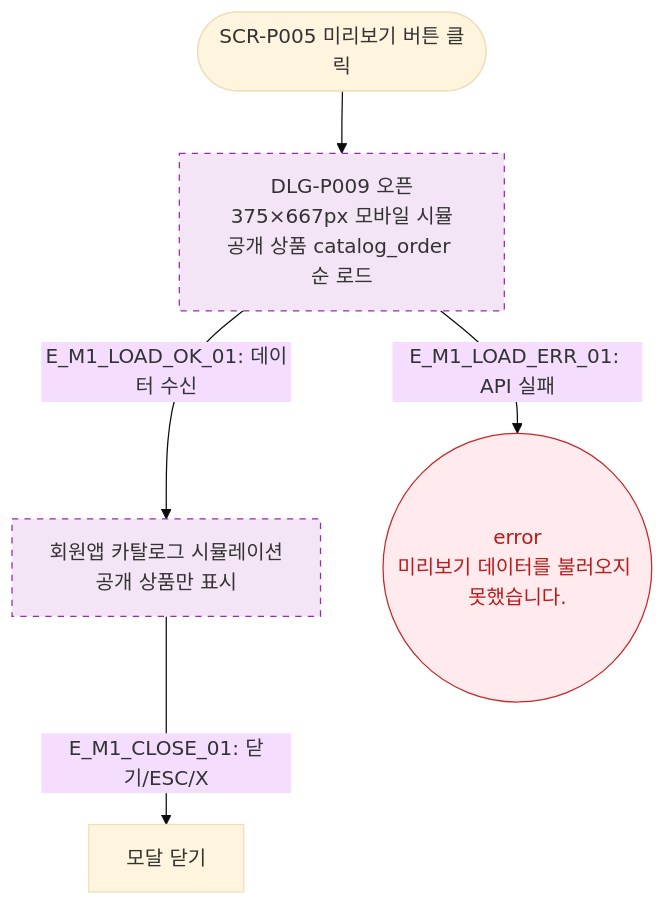
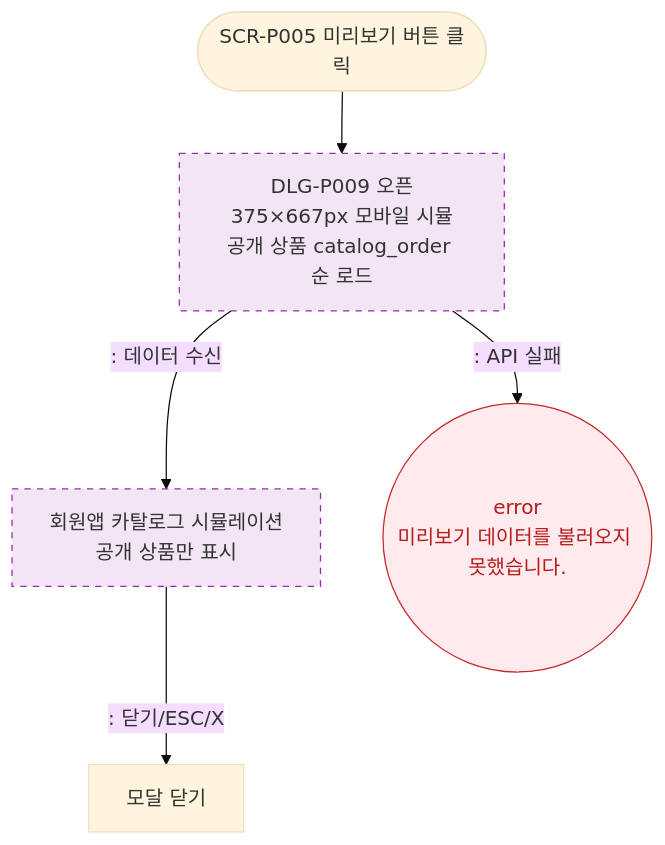
Before and after one commit to dev-spogym/admin-pando: the diagram in docs/다이어그램/D05_상품관리/DLG/DLG-P009_카탈로그미리보기/M1_모달생명주기.md, drawn with Mermaid (base theme). The commit also changed other lines of this file and 1660 other files, not shown here.

First line of the commit message:
다이어그램: 기획자/클라이언트 납품본으로 정리

````diff
--- a/docs/다이어그램/D05_상품관리/DLG/DLG-P009_카탈로그미리보기/M1_모달생명주기.md
+++ b/docs/다이어그램/D05_상품관리/DLG/DLG-P009_카탈로그미리보기/M1_모달생명주기.md
@@ -16,14 +14,14 @@
 ```mermaid
 flowchart TD
     TRIGGER([SCR-P005 미리보기 버튼 클릭]) --> OpenModal[DLG-P009 오픈\n375×667px 모바일 시뮬\n공개 상품 catalog_order 순 로드]
-    OpenModal -->|"E_M1_LOAD_OK_01: 데이터 수신"| ShowPreview[회원앱 카탈로그 시뮬레이션\n공개 상품만 표시]
-    OpenModal -->|"E_M1_LOAD_ERR_01: API 실패"| LoadErr((error\n미리보기 데이터를 불러오지 못했습니다.))
+    OpenModal -->|": 데이터 수신"|ShowPreview[회원앱 카탈로그 시뮬레이션\n공개 상품만 표시]
+    OpenModal -->|": API 실패"|LoadErr((error\n미리보기 데이터를 불러오지 못했습니다.))
 
-    ShowPreview -->|"E_M1_CLOSE_01: 닫기/ESC/X"| Closed[모달 닫기]
+    ShowPreview -->|": 닫기/ESC/X"|Closed[모달 닫기]
 
     classDef modal fill:#FFF3E0,stroke:#F57C00,color:#E65100
     classDef newFeature fill:#F3E5F5,stroke:#9C27B0,stroke-dasharray:5 5
     classDef error fill:#FFEBEE,stroke:#C62828,color:#B71C1C
     class OpenModal,ShowPreview newFeature
     class LoadErr error
 ```
````
